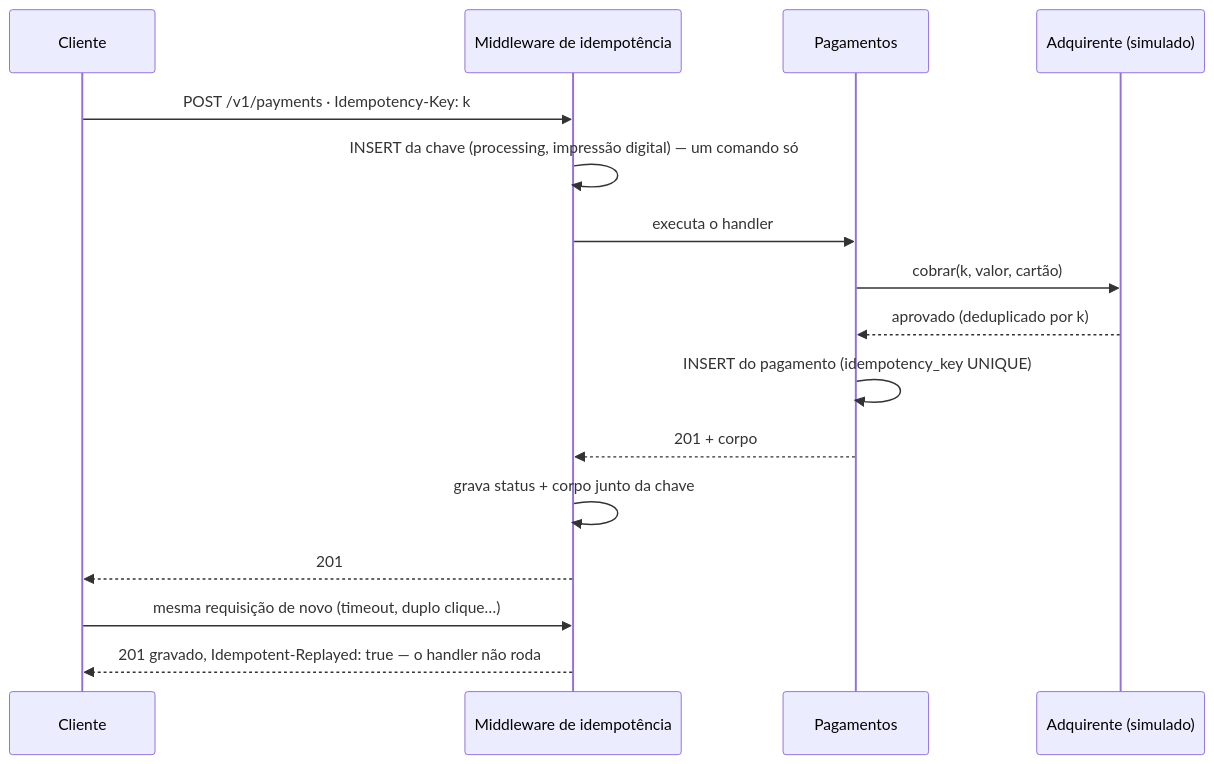
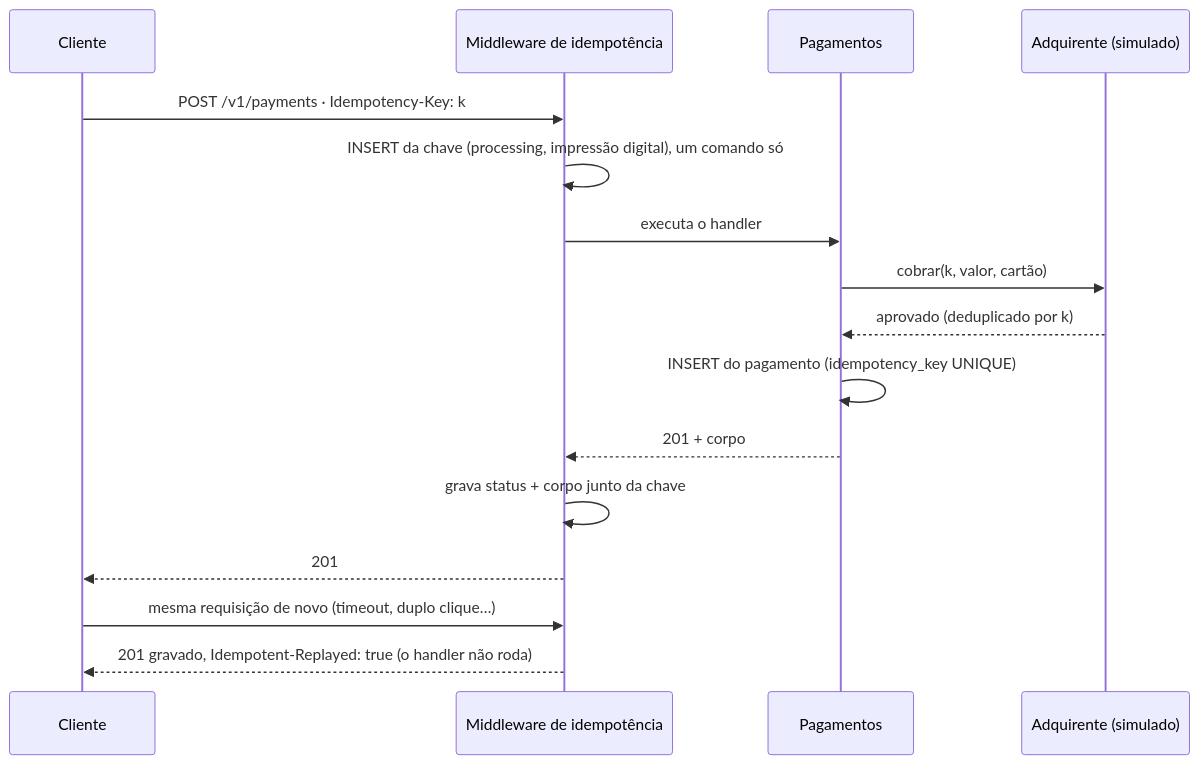
One commit to edybackend/payments-idempotency changed the diagram in README.pt-BR.md. Above: the diagram before and after it, drawn with Mermaid. The commit also changed other lines of this file and 1 other file, not shown here.

````diff
--- a/README.pt-BR.md
+++ b/README.pt-BR.md
@@ -51,18 +49,18 @@
 ```mermaid
 sequenceDiagram
     participant C as Cliente
     participant M as Middleware de idempotência
     participant P as Pagamentos
     participant A as Adquirente (simulado)
     C->>M: POST /v1/payments · Idempotency-Key: k
-    M->>M: INSERT da chave (processing, impressão digital) — um comando só
+    M->>M: INSERT da chave (processing, impressão digital), um comando só
     M->>P: executa o handler
     P->>A: cobrar(k, valor, cartão)
     A-->>P: aprovado (deduplicado por k)
     P->>P: INSERT do pagamento (idempotency_key UNIQUE)
     P-->>M: 201 + corpo
     M->>M: grava status + corpo junto da chave
     M-->>C: 201
     C->>M: mesma requisição de novo (timeout, duplo clique…)
-    M-->>C: 201 gravado, Idempotent-Replayed: true — o handler não roda
+    M-->>C: 201 gravado, Idempotent-Replayed: true (o handler não roda)
 ```
````
